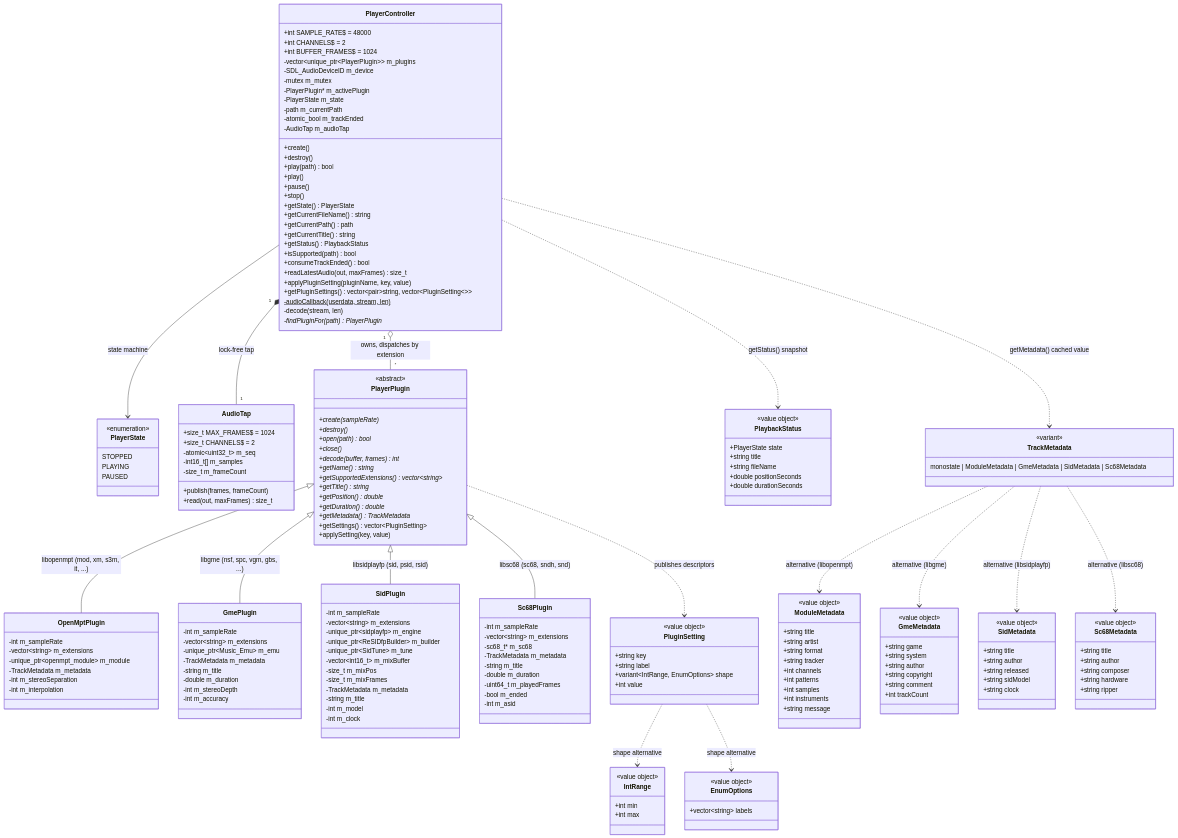
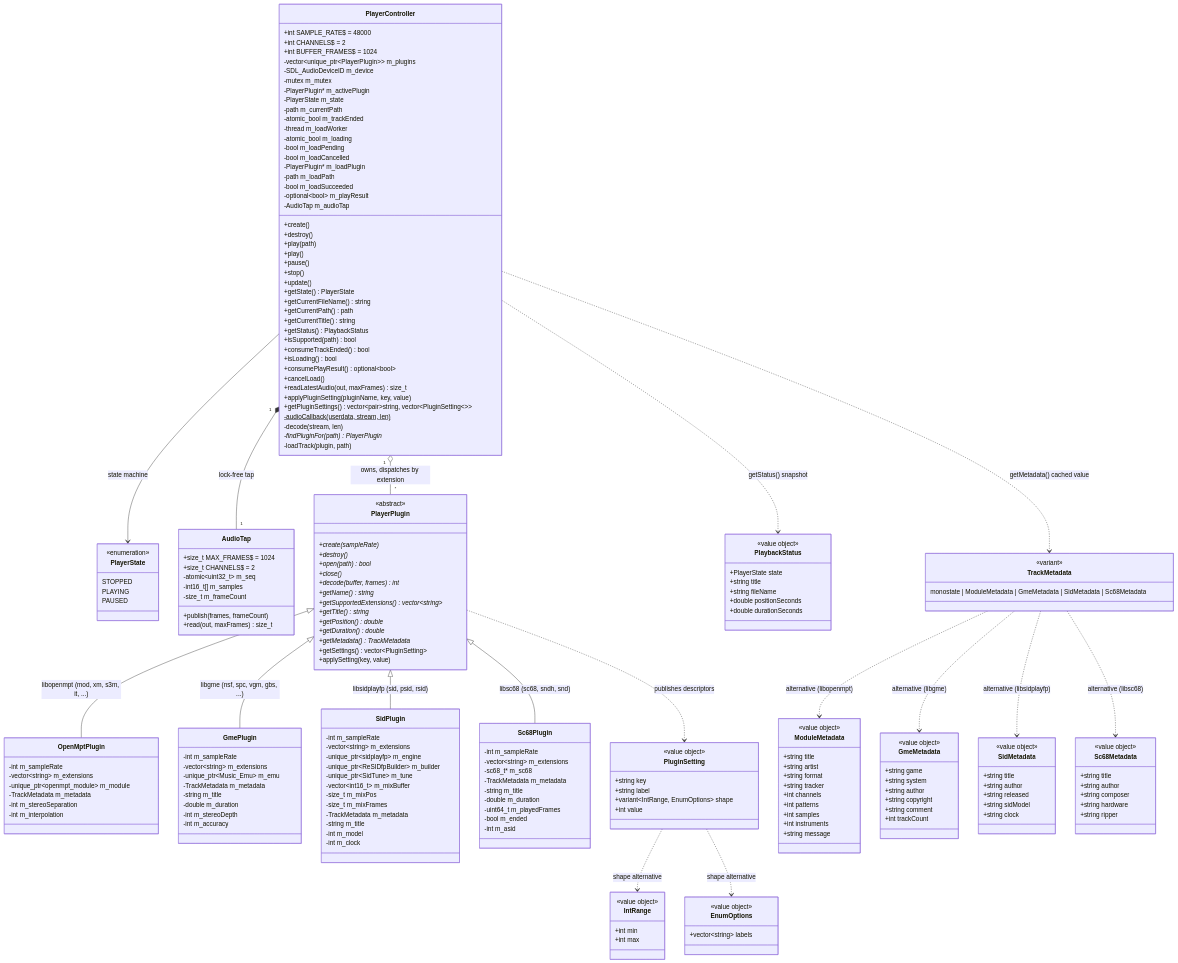
Before and after one commit to notnotme/osp2: the diagram in docs/audio.md, drawn with Mermaid. The commit also changed other lines of this file and 7 other files, not shown here.

```diff
--- a/docs/audio.md
+++ b/docs/audio.md
@@ -22,13 +22,22 @@
         -PlayerState m_state
         -path m_currentPath
         -atomic_bool m_trackEnded
+        -thread m_loadWorker
+        -atomic_bool m_loading
+        -bool m_loadPending
+        -bool m_loadCancelled
+        -PlayerPlugin* m_loadPlugin
+        -path m_loadPath
+        -bool m_loadSucceeded
+        -optional~bool~ m_playResult
         -AudioTap m_audioTap
         +create()
         +destroy()
-        +play(path) bool
+        +play(path)
         +play()
         +pause()
         +stop()
+        +update()
         +getState() PlayerState
         +getCurrentFileName() string
         +getCurrentPath() path
@@ -36,12 +45,16 @@
         +getStatus() PlaybackStatus
         +isSupported(path) bool
         +consumeTrackEnded() bool
+        +isLoading() bool
+        +consumePlayResult() optional~bool~
+        +cancelLoad()
         +readLatestAudio(out, maxFrames) size_t
         +applyPluginSetting(pluginName, key, value)
         +getPluginSettings() vector~pair~string, vector~PluginSetting~~~
         -audioCallback(userdata, stream, len)$
         -decode(stream, len)
         -findPluginFor(path) PlayerPlugin*
+        -loadTrack(plugin, path)
     }
 
     class AudioTap {
```
